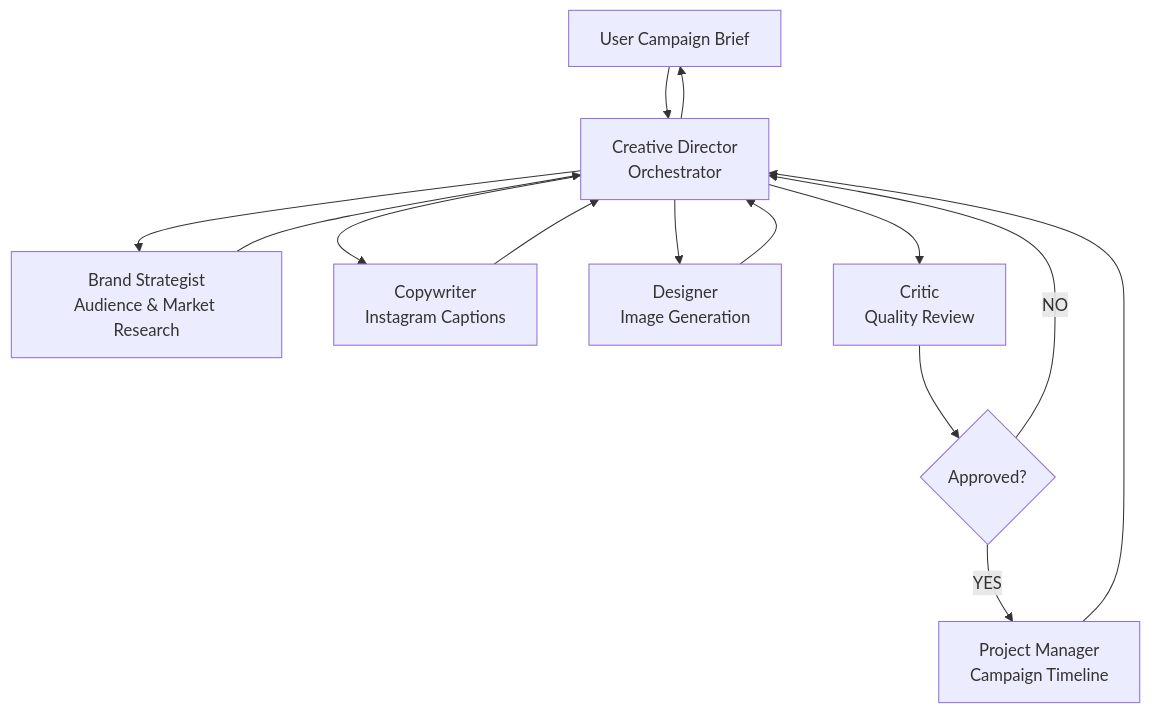
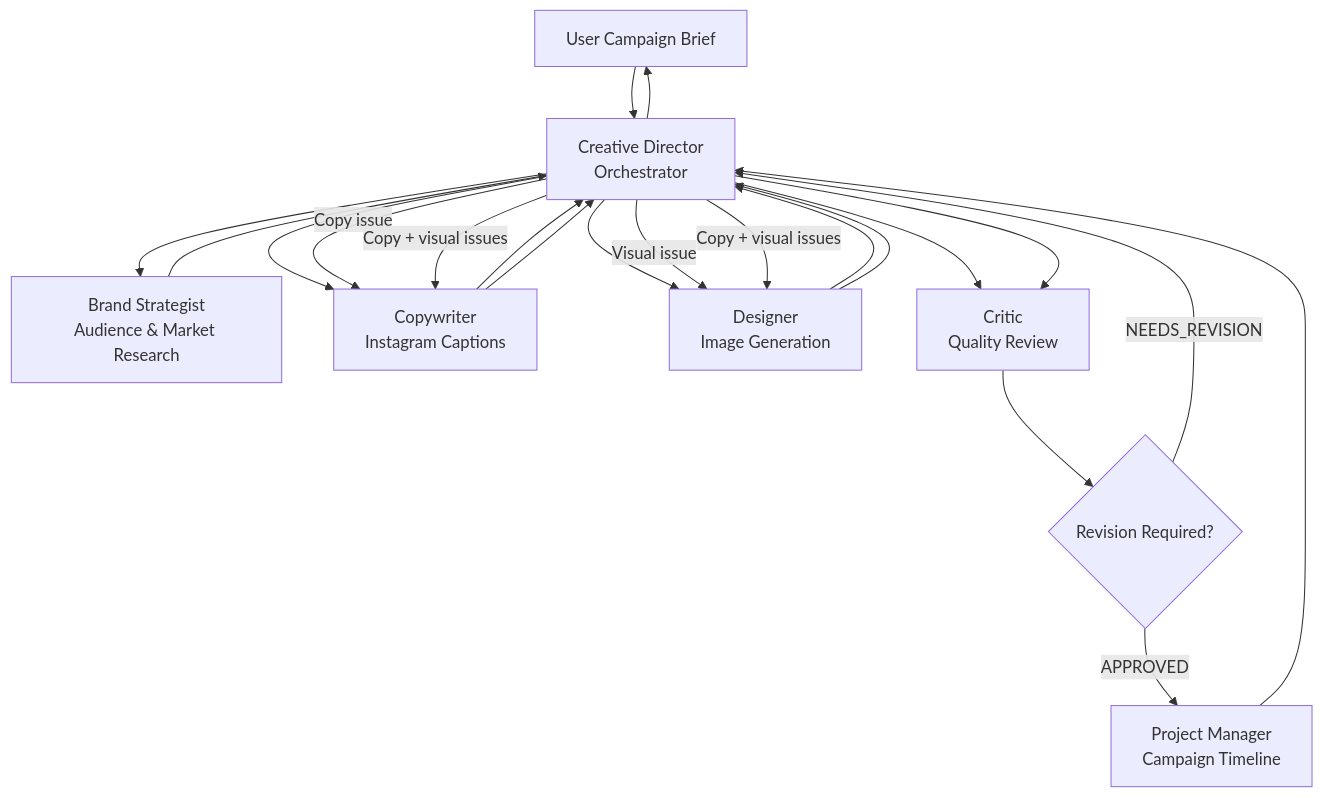
Before and after one commit to rajivverma11/MultiAgentCreativeStudio: the diagram in README.md, drawn with Mermaid. The commit also changed other lines of this file, not shown here.

````diff
--- a/README.md
+++ b/README.md
@@ -38,37 +75,40 @@
-```mermaid
+``` mermaid
 flowchart TD
     USER[User Campaign Brief]
-
     CD[Creative Director<br/>Orchestrator]
-
     BS[Brand Strategist<br/>Audience & Market Research]
-
     CW[Copywriter<br/>Instagram Captions]
-
     DS[Designer<br/>Image Generation]
-
     CR[Critic<br/>Quality Review]
-
+    ROUTE{Revision Required?}
     PM[Project Manager<br/>Campaign Timeline]
 
-    REV{Approved?}
+    USER --> CD
 
-    USER --> CD
     CD --> BS
     BS --> CD
 
     CD --> CW
     CW --> CD
 
     CD --> DS
     DS --> CD
 
     CD --> CR
-    CR --> REV
+    CR --> ROUTE
 
-    REV -->|YES| PM
-    REV -->|NO| CD
+    ROUTE -->|APPROVED| PM
+    ROUTE -->|NEEDS_REVISION| CD
+
+    CD -->|Copy issue| CW
+    CD -->|Visual issue| DS
+    CD -->|Copy + visual issues| CW
+    CD -->|Copy + visual issues| DS
+
+    CW --> CD
+    DS --> CD
+    CD --> CR
 
     PM --> CD
     CD --> USER
 ```
````
